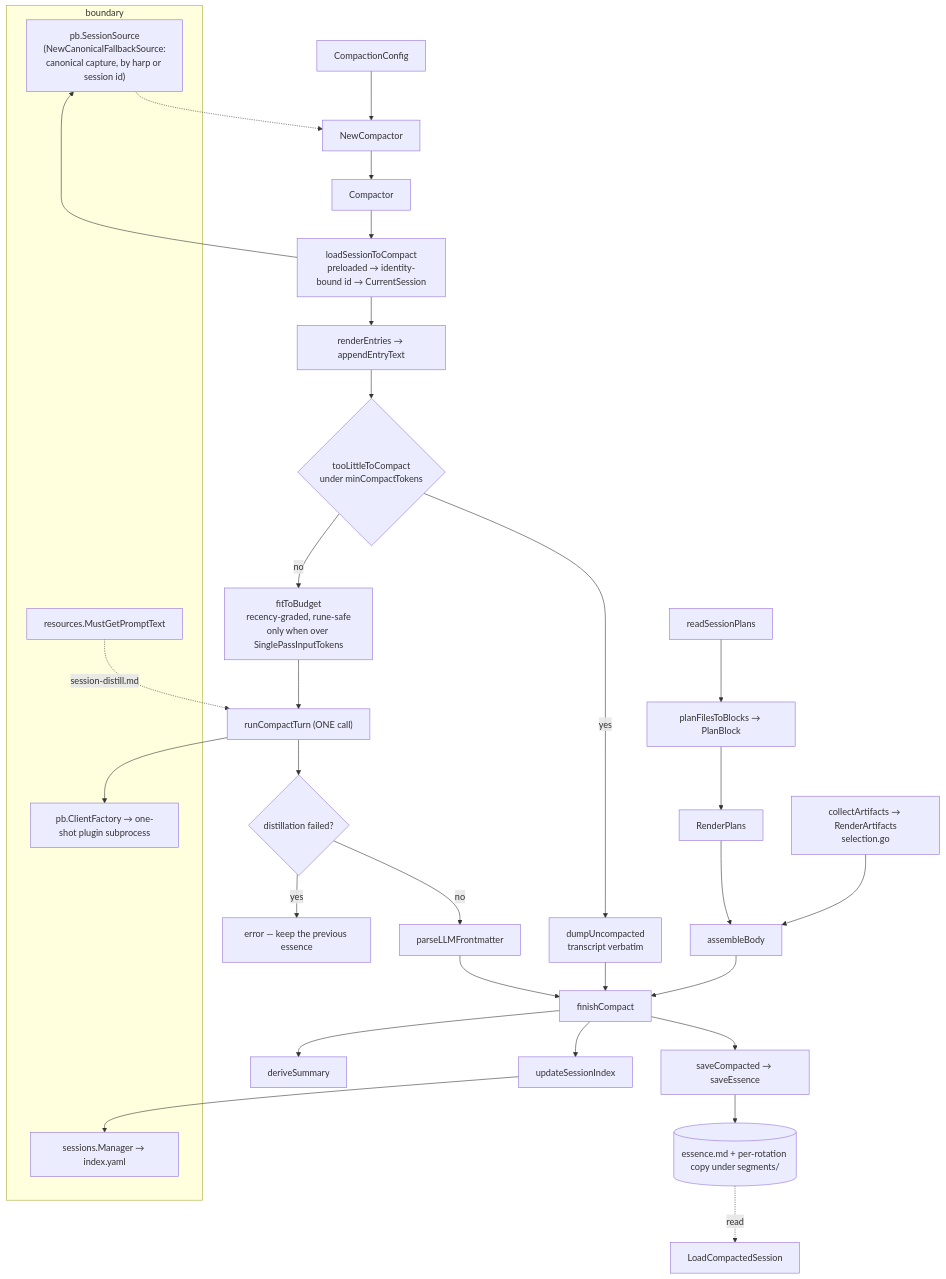
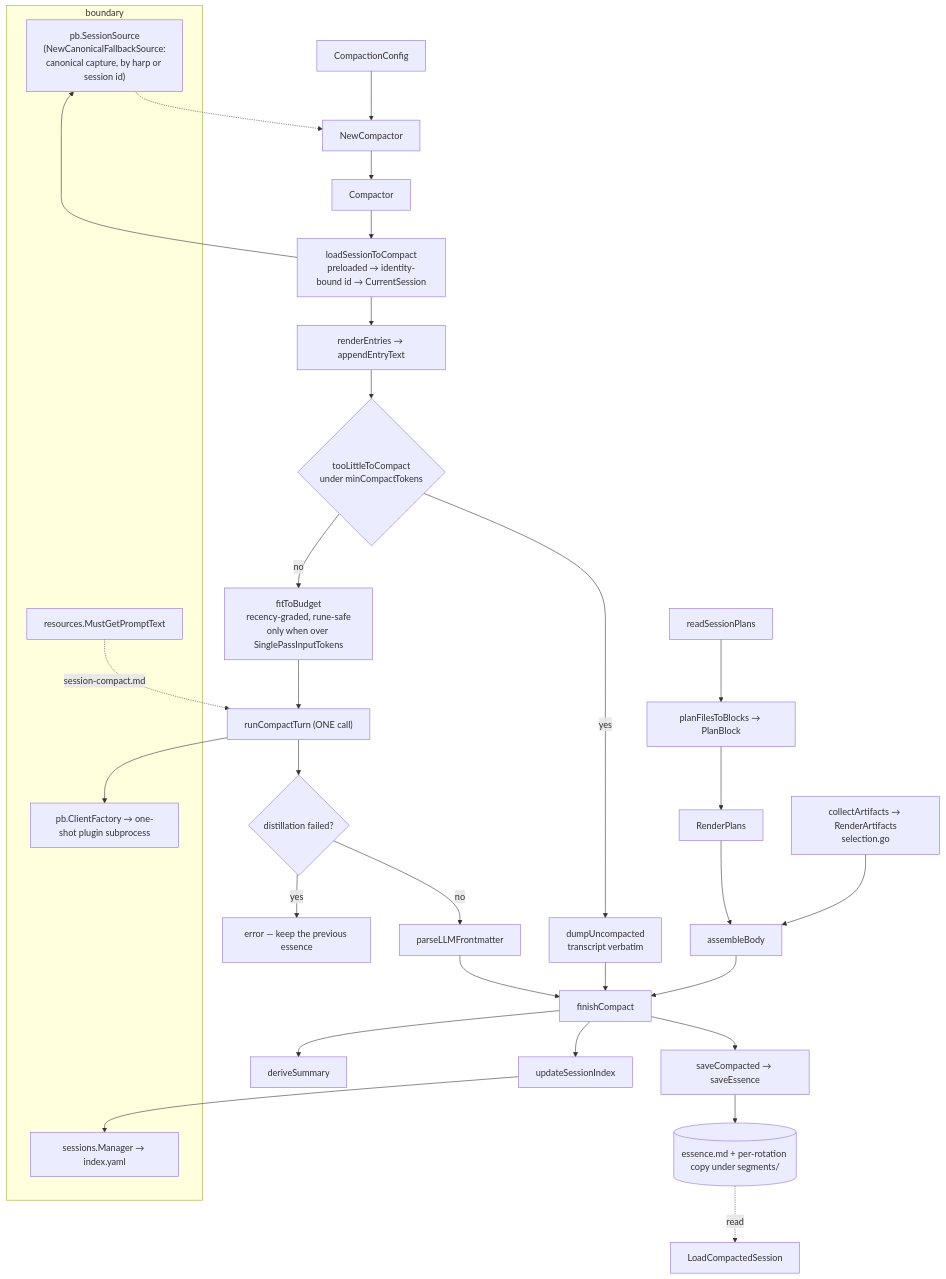
Before and after one commit to ctxloom/ctxloom: the diagram in docs/architecture/companions/memory.md, drawn with Mermaid. The commit also changed 7 other files, not shown here.

First line of the commit message:
feat(memory): the session compaction prompt is session-compact

````diff
--- a/docs/architecture/companions/memory.md
+++ b/docs/architecture/companions/memory.md
@@ -28,41 +28,41 @@
 ```mermaid
 flowchart TD
   subgraph ext["boundary"]
     SRC["pb.SessionSource<br/>(NewCanonicalFallbackSource:<br/>canonical capture, by harp or session id)"]
     LLM["pb.ClientFactory → one-shot plugin subprocess"]
     IDX["sessions.Manager → index.yaml"]
     RES["resources.MustGetPromptText"]
   end
 
   CFG["CompactionConfig"] --> NC["NewCompactor"]
   SRC -.-> NC
   NC --> C["Compactor"]
 
   C --> LS["loadSessionToCompact<br/>preloaded → identity-bound id → CurrentSession"]
   LS --> SRC
   LS --> S2T["renderEntries → appendEntryText"]
   S2T --> ES{"tooLittleToCompact<br/>under minCompactTokens"}
 
   ES -->|yes| DUMP["dumpUncompacted<br/>transcript verbatim"]
   ES -->|no| FB["fitToBudget<br/>recency-graded, rune-safe<br/>only when over SinglePassInputTokens"]
   FB --> RD["runCompactTurn (ONE call)"]
   RD --> LLM
-  RES -.->|"session-distill.md"| RD
+  RES -.->|"session-compact.md"| RD
   RD --> ABORT{"distillation failed?"}
   ABORT -->|yes| ERR["error — keep the previous essence"]
   ABORT -->|no| PFM["parseLLMFrontmatter"]
 
   PLANS["readSessionPlans"] --> PB["planFilesToBlocks → PlanBlock"]
   PB --> RP["RenderPlans"] --> AB["assembleBody"]
   ART["collectArtifacts → RenderArtifacts<br/>selection.go"] --> AB
 
   PFM --> FIN["finishCompact"]
   DUMP --> FIN
   AB --> FIN
   FIN --> DS["deriveSummary"]
   FIN --> SD["saveCompacted → saveEssence"]
   FIN --> USI["updateSessionIndex"] --> IDX
 
   SD --> OUT[("essence.md + per-rotation copy under segments/")]
   OUT -.read.-> LOAD["LoadCompactedSession"]
 ```
````
